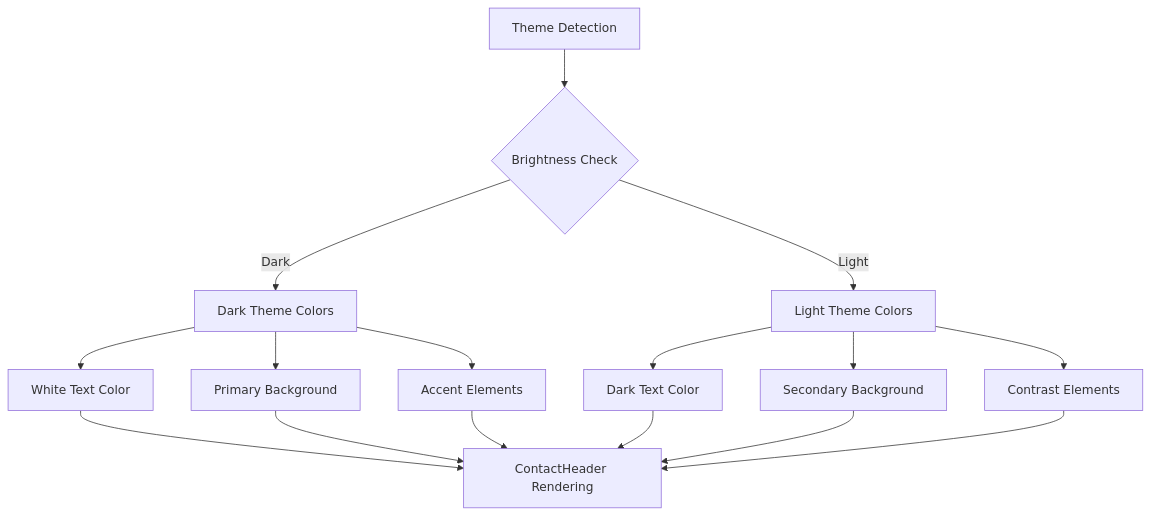
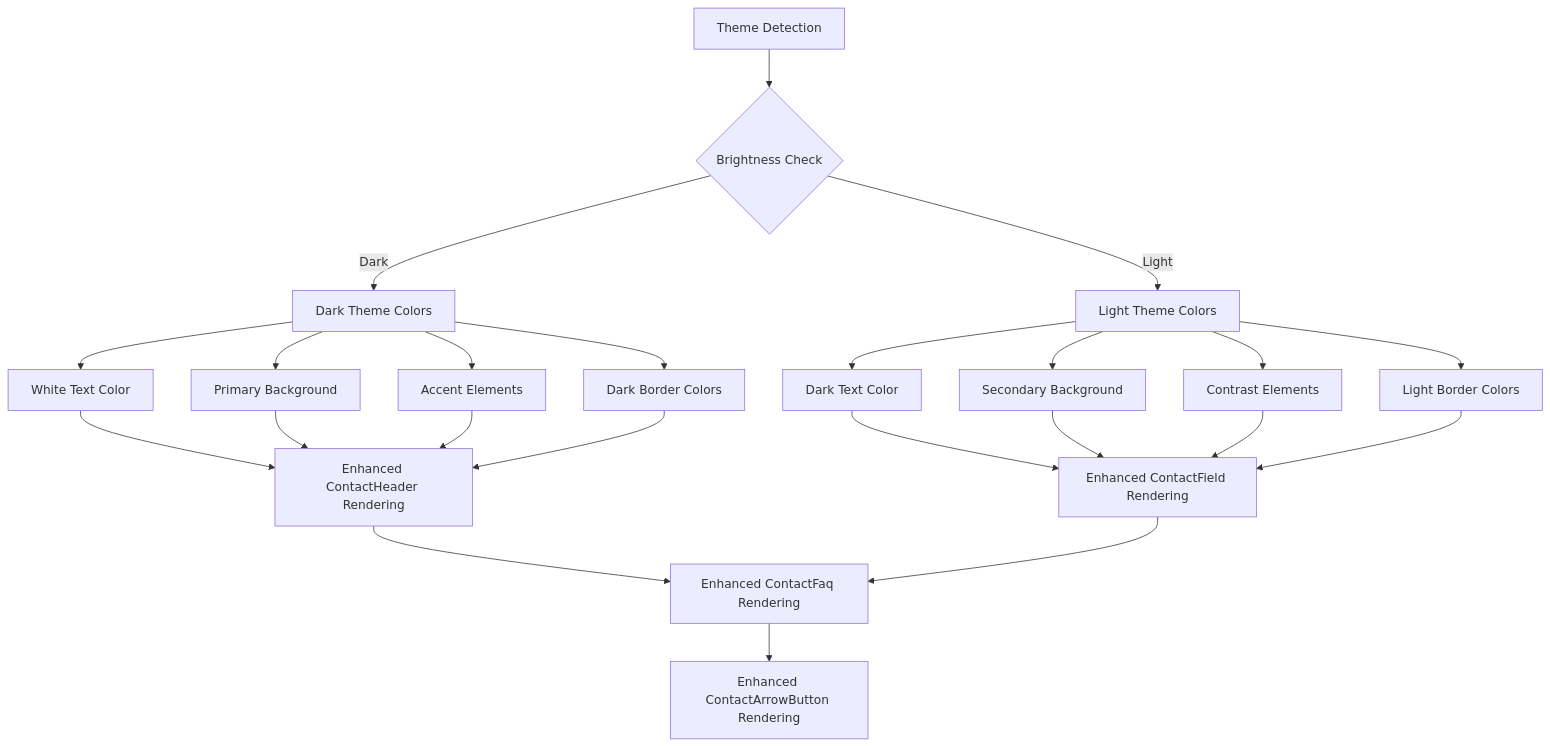
One commit to Ariful3111/FurniGo changed the ninth of 11 diagrams in .qoder/repowiki/en/content/Core Features/Support and Communication/Contact Us Feature.md. Above: the diagram before and after it, drawn with Mermaid. The commit also changed other lines of this file and 10 other files, not shown here.

````diff
--- a/.qoder/repowiki/en/content/Core Features/Support and Communication/Contact Us Feature.md
+++ b/.qoder/repowiki/en/content/Core Features/Support and Communication/Contact Us Feature.md
@@ -279,18 +457,25 @@
 ```mermaid
 flowchart TD
 A[Theme Detection] --> B{Brightness Check}
 B --> |Dark| C[Dark Theme Colors]
 B --> |Light| D[Light Theme Colors]
 C --> E[White Text Color]
 C --> F[Primary Background]
 C --> G[Accent Elements]
-D --> H[Dark Text Color]
-D --> I[Secondary Background]
-D --> J[Contrast Elements]
-E --> K[ContactHeader Rendering]
-F --> K
-G --> K
-H --> K
-I --> K
-J --> K
+C --> H[Dark Border Colors]
+D --> I[Dark Text Color]
+D --> J[Secondary Background]
+D --> K[Contrast Elements]
+D --> L[Light Border Colors]
+E --> M[Enhanced ContactHeader Rendering]
+F --> M
+G --> M
+H --> M
+I --> N[Enhanced ContactField Rendering]
+J --> N
+K --> N
+L --> N
+M --> O[Enhanced ContactFaq Rendering]
+N --> O
+O --> P[Enhanced ContactArrowButton Rendering]
 ```
````
